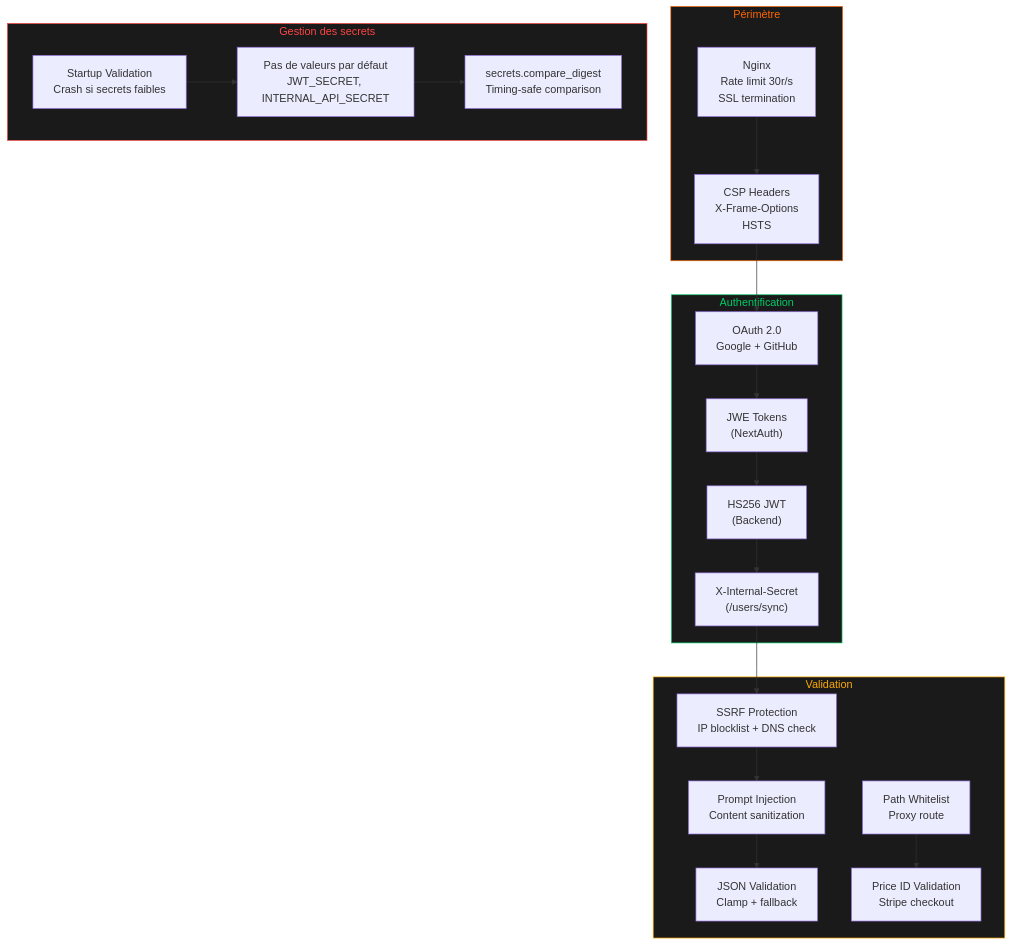
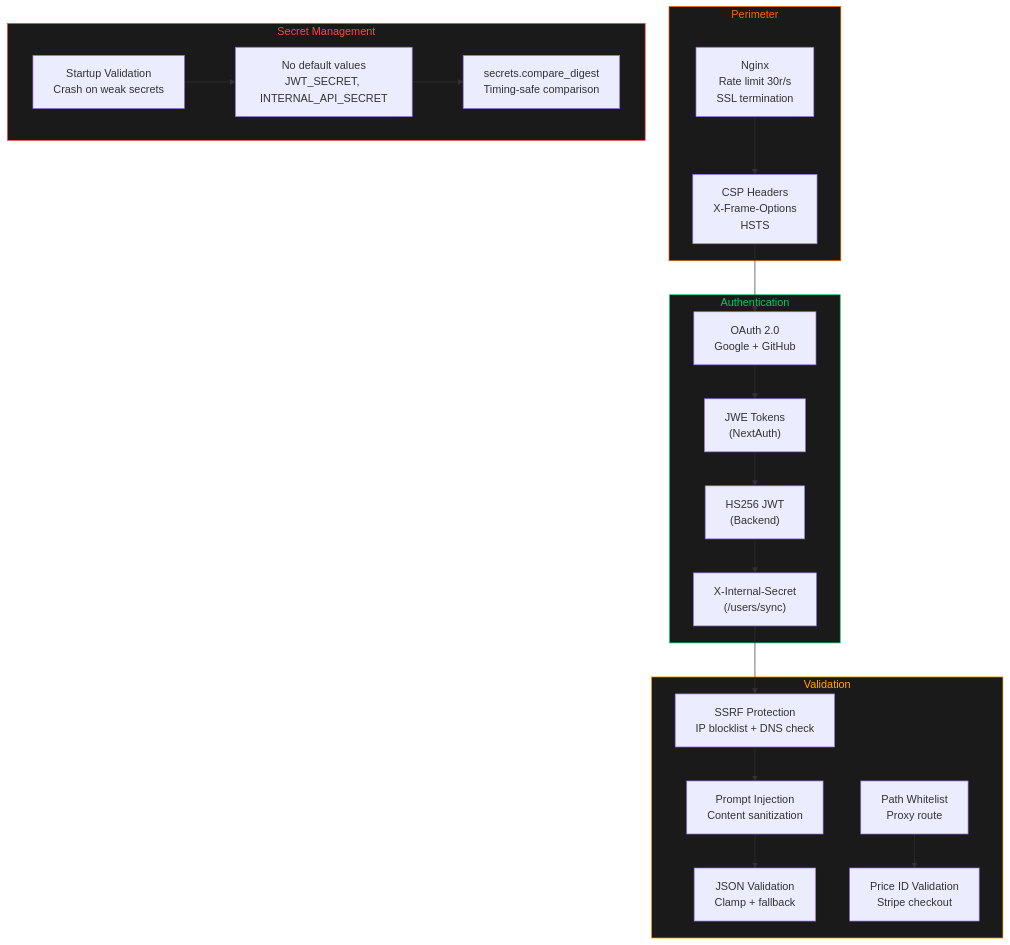
One commit to nabz0r/deadinternet.report changed the seventh of 9 diagrams in docs/ARCHITECTURE.md. Above: the diagram before and after it, drawn with Mermaid. The commit also changed other lines of this file and 17 other files, not shown here.

````diff
--- a/docs/ARCHITECTURE.md
+++ b/docs/ARCHITECTURE.md
@@ -290,42 +290,42 @@
 ```mermaid
 graph TB
-    subgraph Perimeter["Périmètre"]
+    subgraph Perimeter["Perimeter"]
         NGINX["Nginx<br/>Rate limit 30r/s<br/>SSL termination"]
         CSP["CSP Headers<br/>X-Frame-Options<br/>HSTS"]
     end
 
-    subgraph Auth["Authentification"]
+    subgraph Auth["Authentication"]
         OAuth2["OAuth 2.0<br/>Google + GitHub"]
         JWE["JWE Tokens<br/>(NextAuth)"]
         HS256["HS256 JWT<br/>(Backend)"]
         Internal["X-Internal-Secret<br/>(/users/sync)"]
     end
 
     subgraph Validation["Validation"]
         SSRF["SSRF Protection<br/>IP blocklist + DNS check"]
         Prompt["Prompt Injection<br/>Content sanitization"]
         JSONVal["JSON Validation<br/>Clamp + fallback"]
         PathWL["Path Whitelist<br/>Proxy route"]
         PriceVal["Price ID Validation<br/>Stripe checkout"]
     end
 
-    subgraph Secrets["Gestion des secrets"]
-        EnvVal["Startup Validation<br/>Crash si secrets faibles"]
-        NoDefault["Pas de valeurs par défaut<br/>JWT_SECRET, INTERNAL_API_SECRET"]
+    subgraph Secrets["Secret Management"]
+        EnvVal["Startup Validation<br/>Crash on weak secrets"]
+        NoDefault["No default values<br/>JWT_SECRET, INTERNAL_API_SECRET"]
         CompareDigest["secrets.compare_digest<br/>Timing-safe comparison"]
     end
 
     NGINX --> CSP
     CSP --> OAuth2
     OAuth2 --> JWE --> HS256
     HS256 --> Internal
     Internal --> SSRF
     SSRF --> Prompt --> JSONVal
     PathWL --> PriceVal
     EnvVal --> NoDefault --> CompareDigest
 
     style Perimeter fill:#1a1a1a,color:#ff6600,stroke:#ff6600
     style Auth fill:#1a1a1a,color:#00cc66,stroke:#00cc66
     style Validation fill:#1a1a1a,color:#ffaa00,stroke:#ffaa00
     style Secrets fill:#1a1a1a,color:#ff4444,stroke:#ff4444
 ```
````
